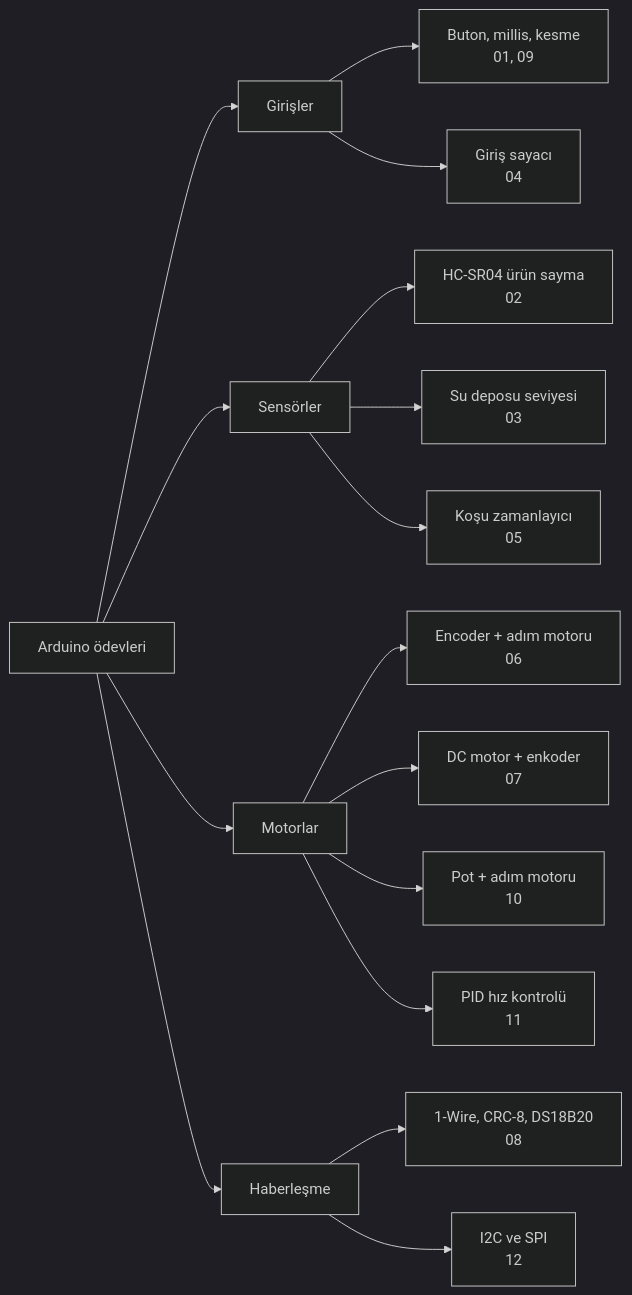
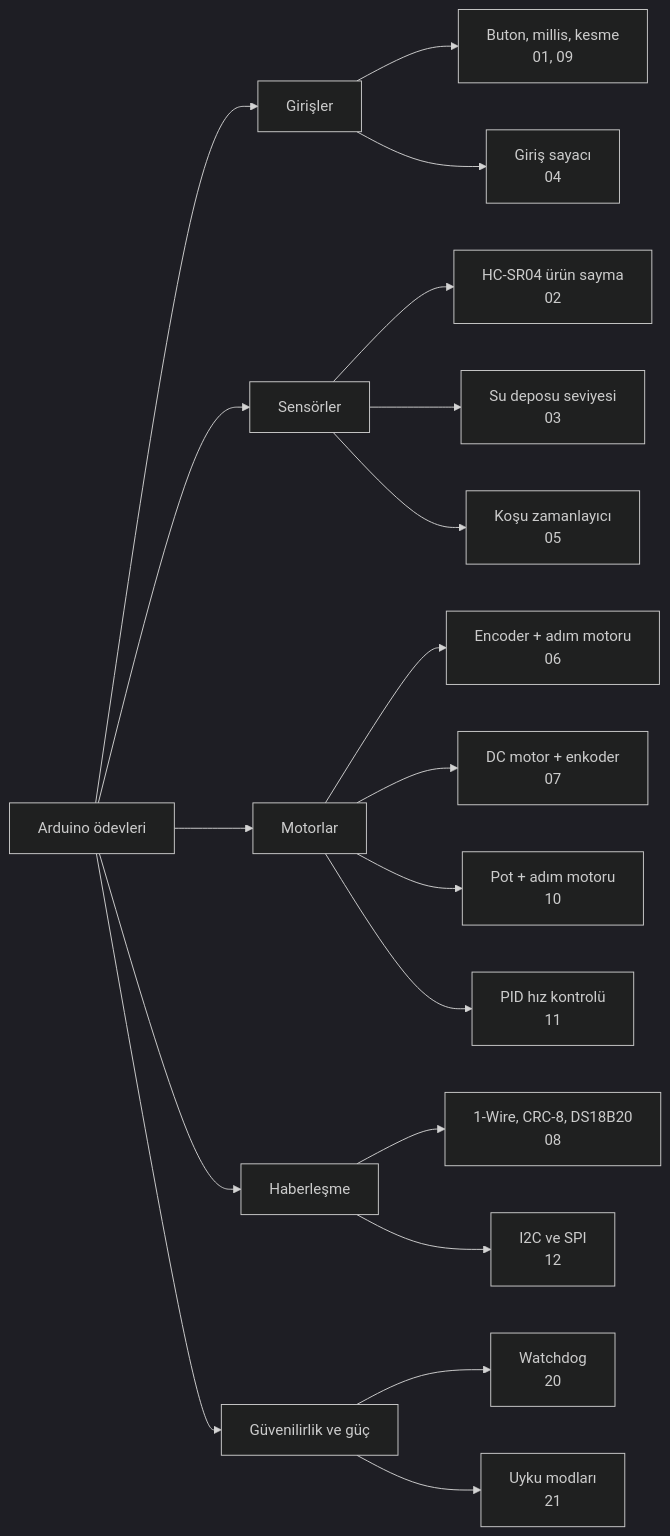
Before and after one commit to ikrabaser/arduino-embedded-labs: the first of 3 diagrams in README.md, drawn with Mermaid (dark theme). The commit also changed other lines of this file and 3 other files, not shown here.

````diff
--- a/README.md
+++ b/README.md
@@ -42,18 +45,21 @@
 ```mermaid
 flowchart LR
     A["Arduino ödevleri"] --> B["Girişler"]
     A --> C["Sensörler"]
     A --> D["Motorlar"]
     A --> E["Haberleşme"]
     B --> B1["Buton, millis, kesme<br/>01, 09"]
     B --> B2["Giriş sayacı<br/>04"]
     C --> C1["HC-SR04 ürün sayma<br/>02"]
     C --> C2["Su deposu seviyesi<br/>03"]
     C --> C3["Koşu zamanlayıcı<br/>05"]
     D --> D1["Encoder + adım motoru<br/>06"]
     D --> D2["DC motor + enkoder<br/>07"]
     D --> D3["Pot + adım motoru<br/>10"]
     D --> D4["PID hız kontrolü<br/>11"]
     E --> E1["1-Wire, CRC-8, DS18B20<br/>08"]
     E --> E2["I2C ve SPI<br/>12"]
+    A --> F["Güvenilirlik ve güç"]
+    F --> F1["Watchdog<br/>20"]
+    F --> F2["Uyku modları<br/>21"]
 ```
````
